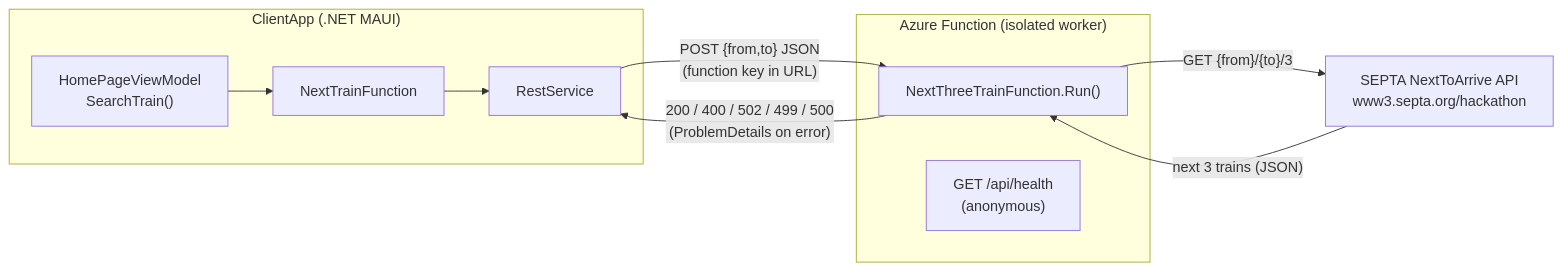
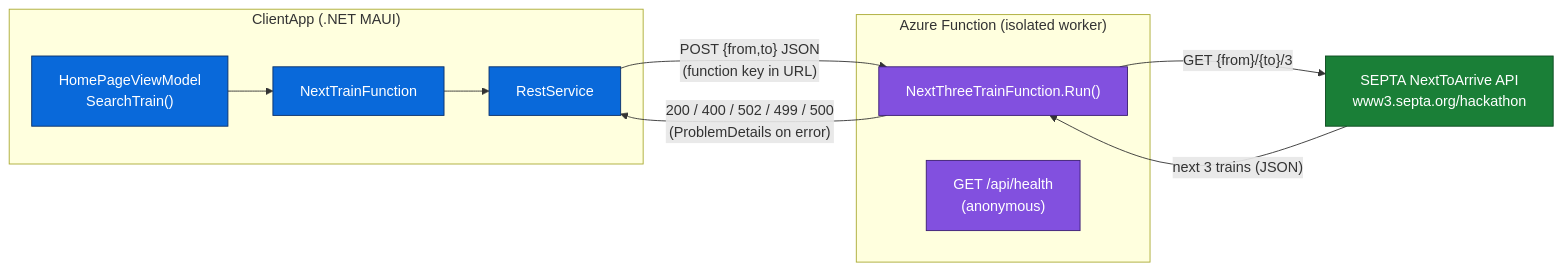
The first of 2 diagrams in README.md (NavneetHegde/SeptaRail), drawn with Mermaid before and after one commit. The commit also changed other lines of this file, not shown here.

Commit message:
Improve Mermaid diagram contrast with explicit node styling

````diff
--- a/README.md
+++ b/README.md
@@ -15,21 +15,28 @@
 ```mermaid
 flowchart LR
     subgraph Client["ClientApp (.NET MAUI)"]
         VM["HomePageViewModel<br/>SearchTrain()"]
         NTF["NextTrainFunction"]
         RS["RestService"]
         VM --> NTF --> RS
     end
 
     subgraph Azure["Azure Function (isolated worker)"]
         RUN["NextThreeTrainFunction.Run()"]
         HC["GET /api/health<br/>(anonymous)"]
     end
 
     SEPTA["SEPTA NextToArrive API<br/>www3.septa.org/hackathon"]
 
     RS -->|"POST {from,to} JSON<br/>(function key in URL)"| RUN
     RUN -->|"GET {from}/{to}/3"| SEPTA
     SEPTA -->|"next 3 trains (JSON)"| RUN
     RUN -->|"200 / 400 / 502 / 499 / 500<br/>(ProblemDetails on error)"| RS
+
+    classDef client fill:#0969da,stroke:#0a3069,stroke-width:1px,color:#ffffff;
+    classDef func fill:#8250df,stroke:#3b1e72,stroke-width:1px,color:#ffffff;
+    classDef ext fill:#1a7f37,stroke:#0c4a1f,stroke-width:1px,color:#ffffff;
+    class VM,NTF,RS client;
+    class RUN,HC func;
+    class SEPTA ext;
 ```
````
